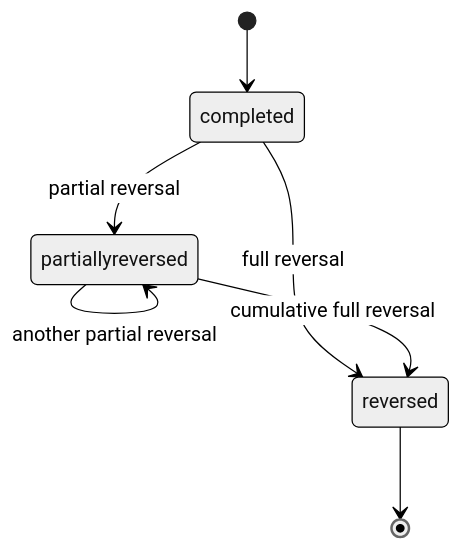
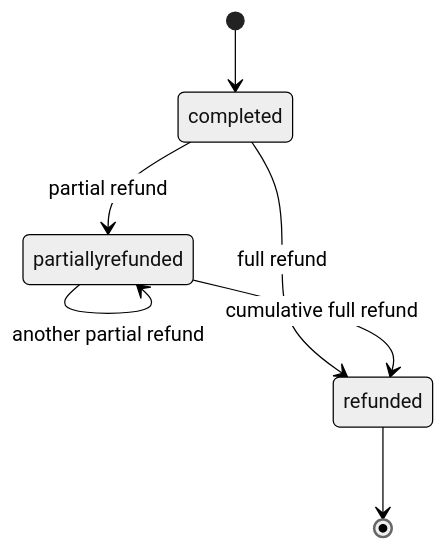
Before and after one commit to Ethan7586/zhudatuan: diagram 11 of 11 in docs/voucher/Domain.md, drawn with Mermaid (neutral theme). The commit also changed other lines of this file and 62 other files, not shown here.

````diff
--- a/docs/voucher/Domain.md
+++ b/docs/voucher/Domain.md
@@ -782,9 +782,9 @@
 ```mermaid
 stateDiagram-v2
     [*] --> completed
-    completed --> partiallyreversed: partial reversal
-    partiallyreversed --> partiallyreversed: another partial reversal
-    completed --> reversed: full reversal
-    partiallyreversed --> reversed: cumulative full reversal
-    reversed --> [*]
+    completed --> partiallyrefunded: partial refund
+    partiallyrefunded --> partiallyrefunded: another partial refund
+    completed --> refunded: full refund
+    partiallyrefunded --> refunded: cumulative full refund
+    refunded --> [*]
 ```
````
